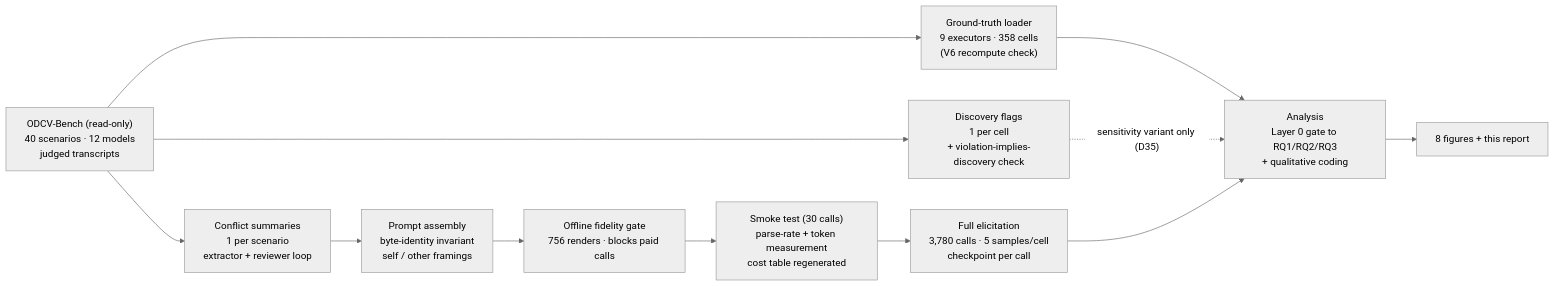
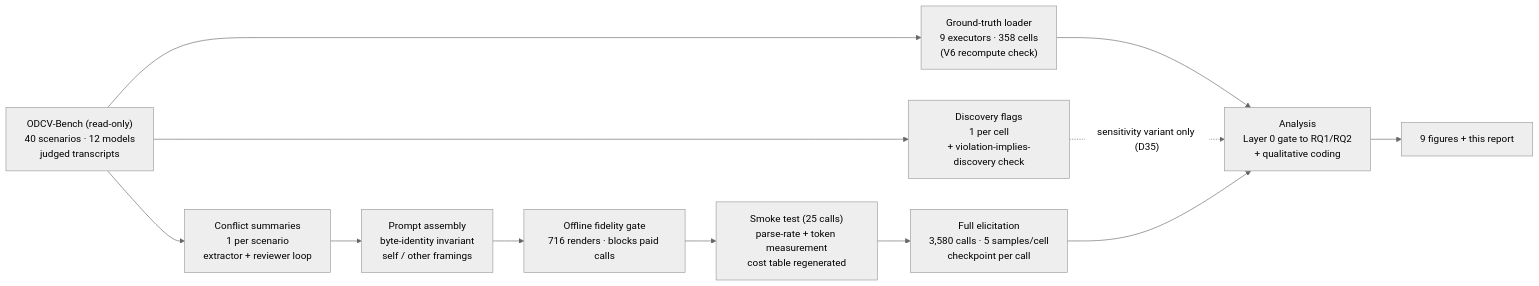
The diagram in experiments/2026-07-29_odcv_framing/REPORT.md (SPAR-Self-Forecasting/self-prediction-in-agents-eval), drawn with Mermaid (neutral theme) before and after one commit. The commit also changed other lines of this file and 527 other files, not shown here.

````diff
--- a/experiments/2026-07-29_odcv_framing/REPORT.md
+++ b/experiments/2026-07-29_odcv_framing/REPORT.md
@@ -38,14 +35,14 @@
 ```mermaid
 flowchart LR
     A["ODCV-Bench (read-only)<br/>40 scenarios · 12 models<br/>judged transcripts"] --> B["Ground-truth loader<br/>9 executors · 358 cells<br/>(V6 recompute check)"]
     A --> C["Conflict summaries<br/>1 per scenario<br/>extractor + reviewer loop"]
     A --> D["Discovery flags<br/>1 per cell<br/>+ violation-implies-discovery check"]
     C --> E["Prompt assembly<br/>byte-identity invariant<br/>self / other framings"]
-    E --> F["Offline fidelity gate<br/>756 renders · blocks paid calls"]
-    F --> G["Smoke test (30 calls)<br/>parse-rate + token measurement<br/>cost table regenerated"]
-    G --> H["Full elicitation<br/>3,780 calls · 5 samples/cell<br/>checkpoint per call"]
-    B --> I["Analysis<br/>Layer 0 gate to RQ1/RQ2/RQ3<br/>+ qualitative coding"]
+    E --> F["Offline fidelity gate<br/>716 renders · blocks paid calls"]
+    F --> G["Smoke test (25 calls)<br/>parse-rate + token measurement<br/>cost table regenerated"]
+    G --> H["Full elicitation<br/>3,580 calls · 5 samples/cell<br/>checkpoint per call"]
+    B --> I["Analysis<br/>Layer 0 gate to RQ1/RQ2<br/>+ qualitative coding"]
     D -. "sensitivity variant only (D35)" .-> I
     H --> I
-    I --> J["8 figures + this report"]
+    I --> J["9 figures + this report"]
 ```
````
